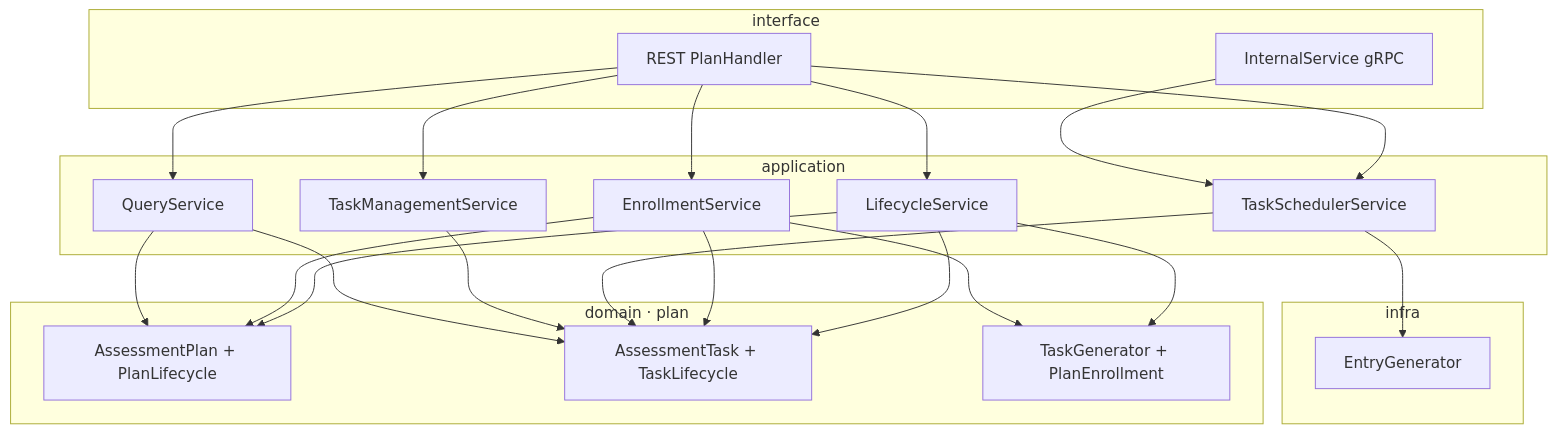
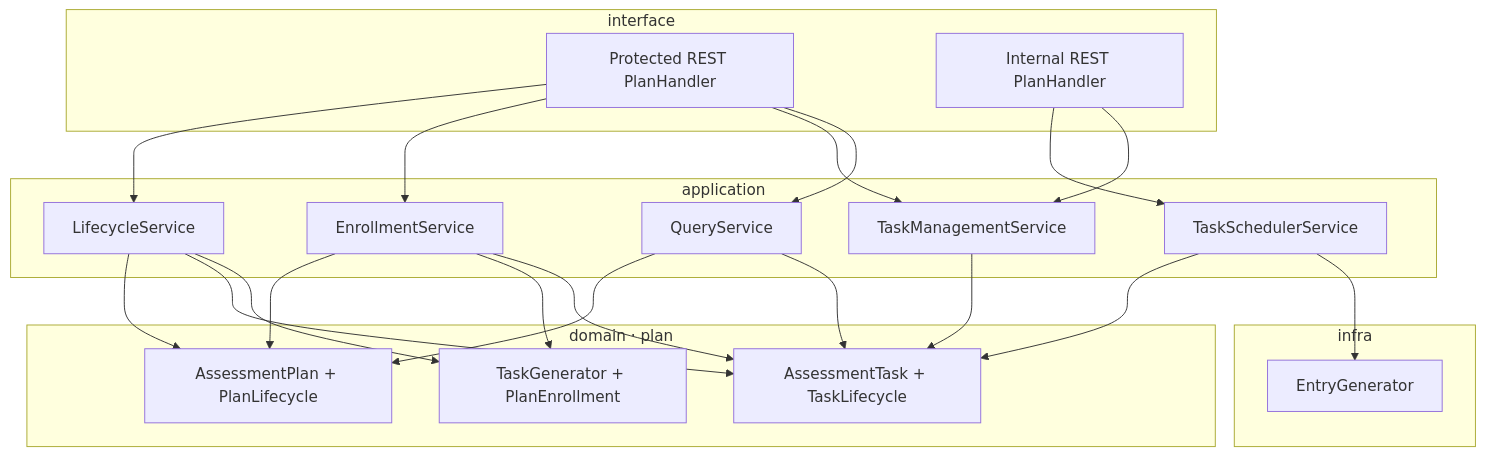
The third of 4 diagrams in docs/02-业务模块/04-plan.md (FangcunMount/qs-server), drawn with Mermaid before and after one commit. The commit also changed other lines of this file and 123 other files, not shown here.

````diff
--- a/docs/02-业务模块/04-plan.md
+++ b/docs/02-业务模块/04-plan.md
@@ -170,44 +169,44 @@
 ```mermaid
 flowchart TB
     subgraph IF[interface]
-        REST[REST PlanHandler]
-        IG[InternalService gRPC]
+        REST[Protected REST PlanHandler]
+        IREST[Internal REST PlanHandler]
     end
 
     subgraph APP[application]
         LSV[LifecycleService]
         ENV[EnrollmentService]
         SCH[TaskSchedulerService]
         MGT[TaskManagementService]
         QSV[QueryService]
     end
 
     subgraph DOM[domain · plan]
         PL[AssessmentPlan + PlanLifecycle]
         TK[AssessmentTask + TaskLifecycle]
         GEN[TaskGenerator + PlanEnrollment]
     end
 
     subgraph INF[infra]
         EG[EntryGenerator]
     end
 
     REST --> LSV
     REST --> ENV
-    REST --> SCH
     REST --> MGT
     REST --> QSV
-    IG --> SCH
+    IREST --> SCH
+    IREST --> MGT
 
     LSV --> PL
     LSV --> TK
     LSV --> GEN
     ENV --> PL
     ENV --> GEN
     ENV --> TK
     SCH --> TK
     SCH --> EG
     MGT --> TK
     QSV --> PL
     QSV --> TK
 ```
````
